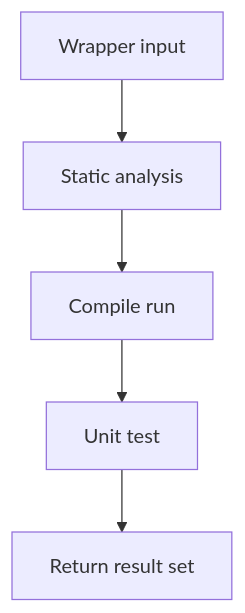
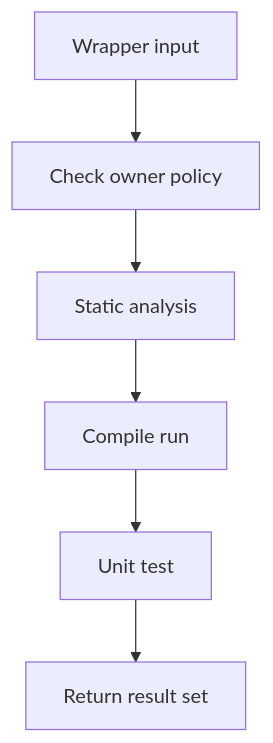
The diagram in docs/Codebase/Backend/src/services/testRunnerService.ts.md (JohnAndrewBalbarosa/NeoTerritory), drawn with Mermaid before and after one commit. The commit also changed other lines of this file and 28 other files, not shown here.

Commit message:
feat: unify assessment wrapper and dev tool flow

````diff
--- a/docs/Codebase/Backend/src/services/testRunnerService.ts.md
+++ b/docs/Codebase/Backend/src/services/testRunnerService.ts.md
@@ -15,7 +15,8 @@
 ```mermaid
 flowchart TD
-    A[Wrapper input] --> B[Static analysis]
-    B --> C[Compile run]
-    C --> D[Unit test]
-    D --> E[Return result set]
+    A[Wrapper input] --> B[Check owner policy]
+    B --> C[Static analysis]
+    C --> D[Compile run]
+    D --> E[Unit test]
+    E --> F[Return result set]
 ```
````
